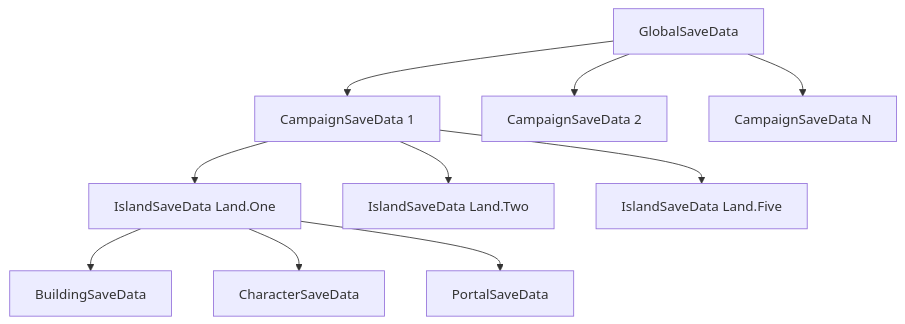
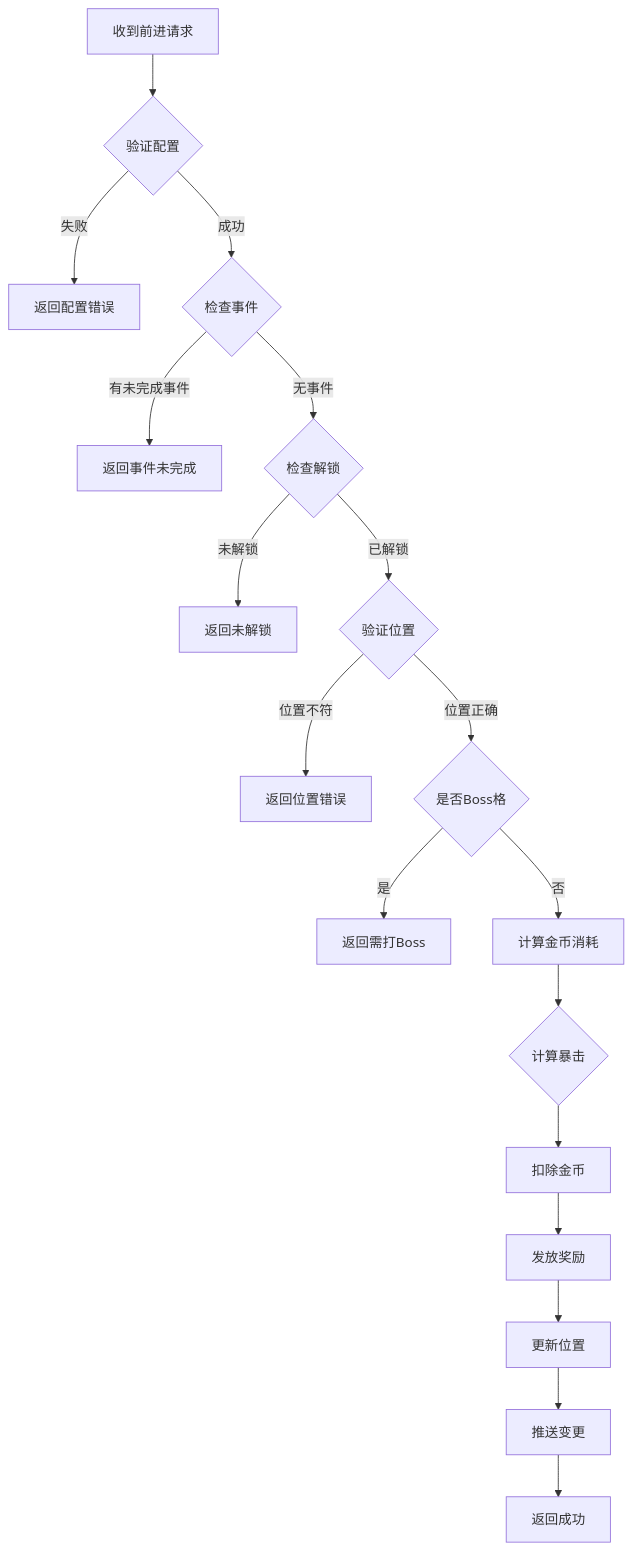
The second of 3 diagrams in docs/Module_Chapter/04_服务端开发.md (Alan-Ben/k2c_game_framework), drawn with Mermaid before and after one commit. The commit also changed other lines of this file and 6 other files, not shown here.

````diff
--- a/docs/Module_Chapter/04_服务端开发.md
+++ b/docs/Module_Chapter/04_服务端开发.md
@@ -130,14 +582,20 @@
 ```mermaid
-graph TD
-    A[GlobalSaveData] --> B[CampaignSaveData 1]
-    A --> C[CampaignSaveData 2]
-    A --> D[CampaignSaveData N]
-    
-    B --> E[IslandSaveData Land.One]
-    B --> F[IslandSaveData Land.Two]
-    B --> G[IslandSaveData Land.Five]
-    
-    E --> H[BuildingSaveData]
-    E --> I[CharacterSaveData]
-    E --> J[PortalSaveData]
+flowchart TD
+    A[收到前进请求] --> B{验证配置}
+    B -->|失败| C[返回配置错误]
+    B -->|成功| D{检查事件}
+    D -->|有未完成事件| E[返回事件未完成]
+    D -->|无事件| F{检查解锁}
+    F -->|未解锁| G[返回未解锁]
+    F -->|已解锁| H{验证位置}
+    H -->|位置不符| I[返回位置错误]
+    H -->|位置正确| J{是否Boss格}
+    J -->|是| K[返回需打Boss]
+    J -->|否| L[计算金币消耗]
+    L --> M{计算暴击}
+    M --> N[扣除金币]
+    N --> O[发放奖励]
+    O --> P[更新位置]
+    P --> Q[推送变更]
+    Q --> R[返回成功]
 ```
````
